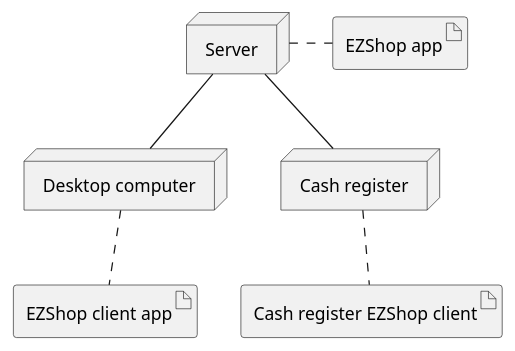
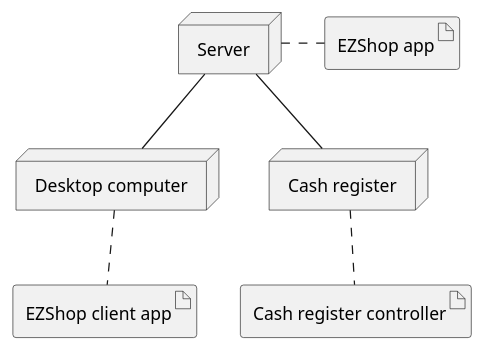
One commit to BMike10/EzShop changed the fifth of 5 diagrams in Deliverables/RequirementsDocument.md. Above: the diagram before and after it, drawn with PlantUML. The commit also changed other lines of this file and 2 other files, not shown here.

Commit message:
Doc: Update Interfaces,Functional Requirements,UseCase(Authentication),Glossary PlantUML and img,Access rights

```diff
--- a/Deliverables/RequirementsDocument.md
+++ b/Deliverables/RequirementsDocument.md
@@ -1144,19 +1179,19 @@
 	@startuml deployment_diagram
 		node Server
 		node "Desktop computer" as Computer
 		' cash register is only if we decide it is internal
 		node "Cash register" as cr
 
 		artifact "EZShop app" as app
 		artifact "EZShop client app" as cApp
 
 		Server . app
 		Computer .. cApp
 
 		Server -- Computer
 
 		' Only if Cash register internal
-		artifact "Cash register EZShop client" as crc
+		artifact "Cash register controller" as crc
 		cr .. crc
 		Server -- cr
 	@enduml
```
